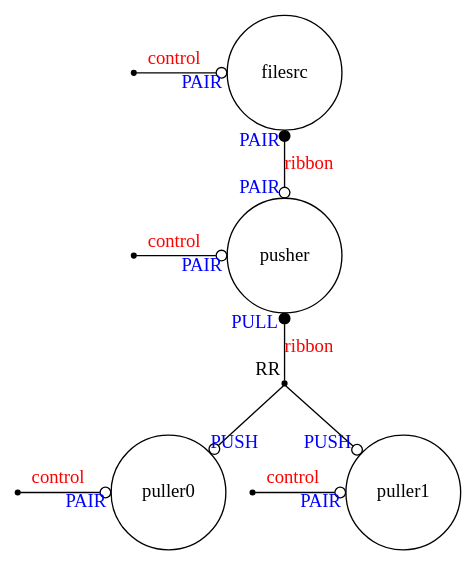
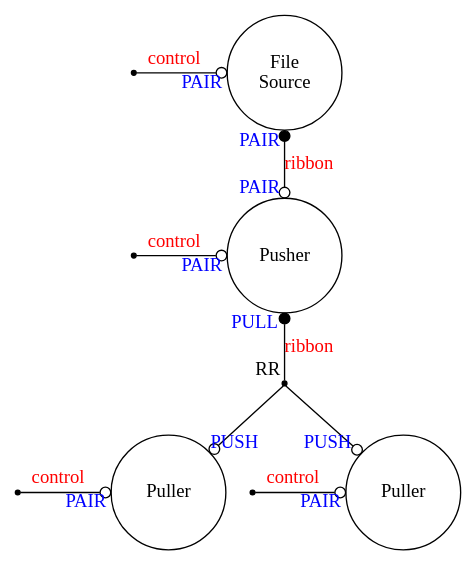
One commit to brettviren/digrex changed the diagram in dots/actor.dot. Above: the diagram before and after it, drawn with Graphviz. The commit also changed 4 other files, not shown here.

```diff
--- a/dots/actor.dot
+++ b/dots/actor.dot
@@ -1,76 +1,76 @@
 digraph actor {
         point0[shape=point];
         point1[shape=point];
         point2[shape=point];
         point3[shape=point];
 
-        filesrc[shape=circle,width=1.2];
+        filesrc[shape=circle,width=1.2,label="File\nSource"];
         
-        pusher[shape=circle,width=1.2];
+        pusher[shape=circle,width=1.2,label="Pusher"];
         push[shape=point];
         
-        puller0[shape=circle,width=1.2];
-        puller1[shape=circle,width=1.2];
+        puller0[shape=circle,width=1.2,label="Puller"];
+        puller1[shape=circle,width=1.2,label="Puller"];
 
         {rank=same; point0,filesrc}
         {rank=same; point1,pusher}
         {rank=same; point2,puller0}
         {rank=same; point3,puller1}
 
 
         point0->filesrc[
                       arrowhead=odot,
                       headlabel=<<font color="blue">PAIR</font>>;
                       label=<<font color="red">control</font>>
                       ];
 
         point1->pusher[
                       arrowhead=odot,
                       headlabel=<<font color="blue">PAIR</font>>;
                       label=<<font color="red">control</font>>
                       ];
 
         point2->puller0[
                        arrowhead=odot,
                        headlabel=<<font color="blue">PAIR</font>>;
                        label=<<font color="red">control</font>>
                        ];
         point3->puller1[
                         arrowhead=odot,
                         headlabel=<<font color="blue">PAIR</font>>;
                         label=<<font color="red">control</font>>
                         ];
         filesrc->pusher[
                         dir=both,
                         arrowhead=odot,
                         arrowtail=dot,
                         taillabel=<<font color="blue">PAIR</font>>;
                         headlabel=<<font color="blue">PAIR</font>>;
                         label=<<font color="red">ribbon</font>>
                         ];
 
 
         pusher->push[
                         dir=both,
                         arrowhead=none,
                         arrowtail=dot,
                         label=<<font color="red">ribbon</font>>
                         taillabel=<<font color="blue">PULL</font>>;
                         headlabel=<<font color="black">RR</font>>;
                         ];
         push->puller0[
                         dir=both,
                         arrowhead=odot,
                         arrowtail=none,
                         headlabel=<<font color="blue">PUSH</font>>;
                         ];
         
 
         push->puller1[
                         dir=both,
                         arrowhead=odot,
                         arrowtail=none,
                         headlabel=<<font color="blue">PUSH</font>>;
                         ];
 
 }
```
